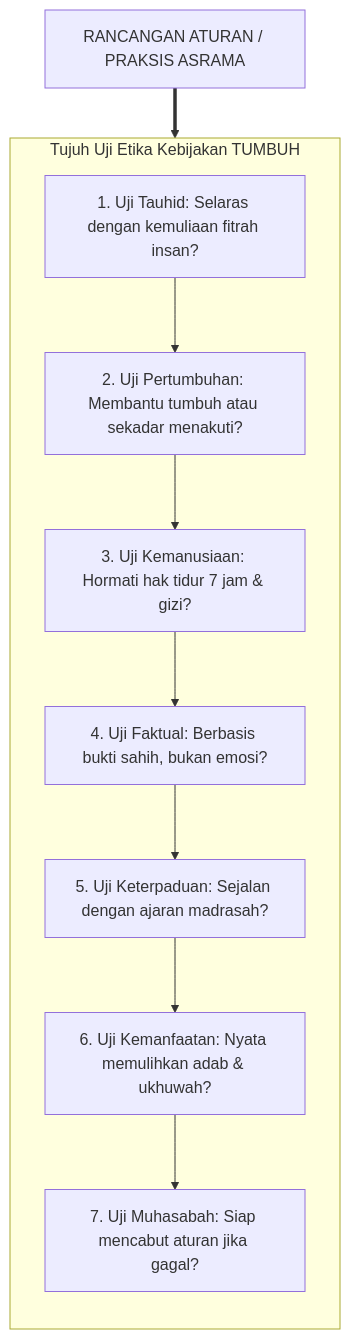
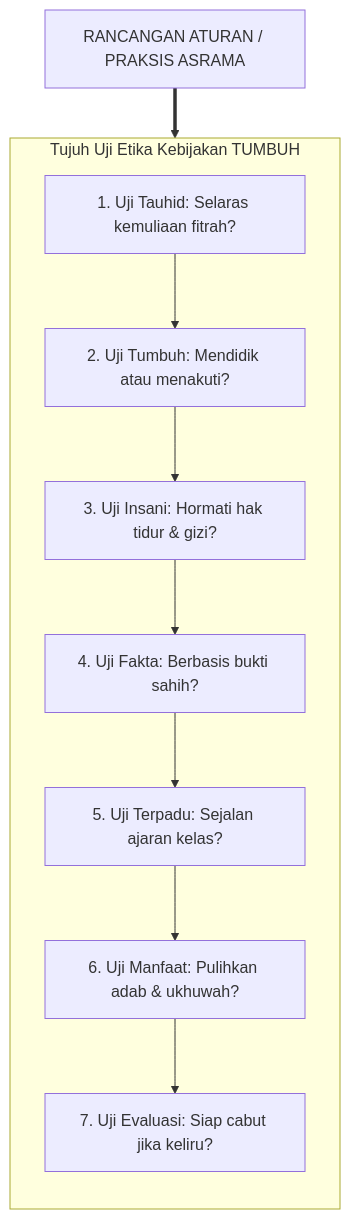
Before and after one commit to wandiapriliyandi/tumbuh: the fourth of 5 diagrams in BOOK Series 1/01-The-Fundamental-of-TUMBUH/Bab-08-Sumpah-Integritas-Pendidikan-TUMBUH.md, drawn with Mermaid. The commit also changed other lines of this file and 37 other files, not shown here.

Commit message:
fix(book-01): optimasi pemenggalan teks dan overflow seluruh diagram serta render ulang 20 PDF

````diff
--- a/BOOK Series 1/01-The-Fundamental-of-TUMBUH/Bab-08-Sumpah-Integritas-Pendidikan-TUMBUH.md
+++ b/BOOK Series 1/01-The-Fundamental-of-TUMBUH/Bab-08-Sumpah-Integritas-Pendidikan-TUMBUH.md
@@ -147,17 +147,17 @@
 ```mermaid
 graph TD
     R["RANCANGAN ATURAN / PRAKSIS ASRAMA"]
     
     subgraph TUJUH_UJI_ETIK["Tujuh Uji Etika Kebijakan TUMBUH"]
         direction TB
-        T1["1. Uji Tauhid: Selaras dengan kemuliaan fitrah insan?"]
-        --> T2["2. Uji Pertumbuhan: Membantu tumbuh atau sekadar menakuti?"]
-        --> T3["3. Uji Kemanusiaan: Hormati hak tidur 7 jam & gizi?"]
-        --> T4["4. Uji Faktual: Berbasis bukti sahih, bukan emosi?"]
-        --> T5["5. Uji Keterpaduan: Sejalan dengan ajaran madrasah?"]
-        --> T6["6. Uji Kemanfaatan: Nyata memulihkan adab & ukhuwah?"]
-        --> T7["7. Uji Muhasabah: Siap mencabut aturan jika gagal?"]
+        T1["1. Uji Tauhid: Selaras kemuliaan fitrah?"]
+        --> T2["2. Uji Tumbuh: Mendidik atau menakuti?"]
+        --> T3["3. Uji Insani: Hormati hak tidur & gizi?"]
+        --> T4["4. Uji Fakta: Berbasis bukti sahih?"]
+        --> T5["5. Uji Terpadu: Sejalan ajaran kelas?"]
+        --> T6["6. Uji Manfaat: Pulihkan adab & ukhuwah?"]
+        --> T7["7. Uji Evaluasi: Siap cabut jika keliru?"]
     end
 
     R ==> TUJUH_UJI_ETIK
 ```
````
